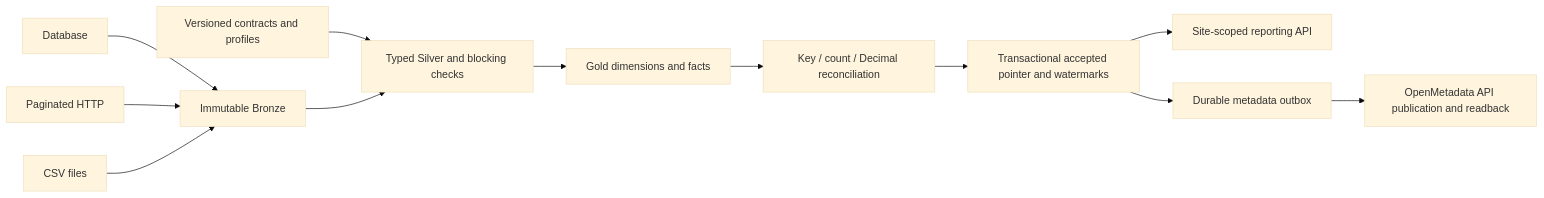
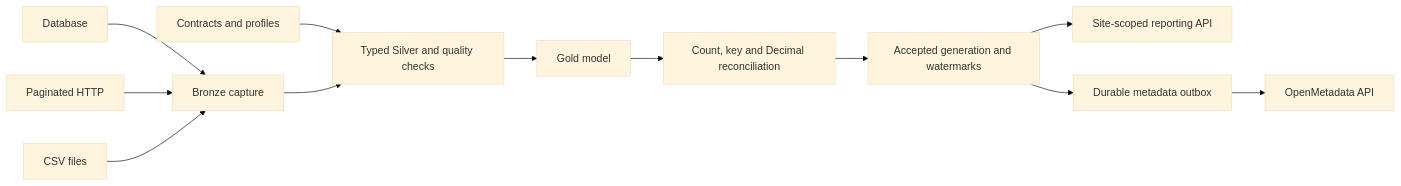
One commit to mehdisafer/industrial-lakehouse-contracts changed the diagram in README.md. Above: the diagram before and after it, drawn with Mermaid (base theme). The commit also changed other lines of this file and 27 other files, not shown here.

First line of the commit message:
feat(quality): improve professional onboarding and repository consistency checks

````diff
--- a/README.md
+++ b/README.md
@@ -33,14 +33,14 @@
 ```mermaid
 flowchart LR
-    DB[Database] --> B[Immutable Bronze]
+    DB[Database] --> B[Bronze capture]
     HTTP[Paginated HTTP] --> B
     CSV[CSV files] --> B
-    C[Versioned contracts and profiles] --> S[Typed Silver and blocking checks]
+    C[Contracts and profiles] --> S[Typed Silver and quality checks]
     B --> S
-    S --> G[Gold dimensions and facts]
-    G --> V[Key / count / Decimal reconciliation]
-    V --> A[Transactional accepted pointer and watermarks]
+    S --> G[Gold model]
+    G --> Q[Count, key and Decimal reconciliation]
+    Q --> A[Accepted generation and watermarks]
     A --> R[Site-scoped reporting API]
     A --> O[Durable metadata outbox]
-    O --> M[OpenMetadata API publication and readback]
+    O --> M[OpenMetadata API]
 ```
````
